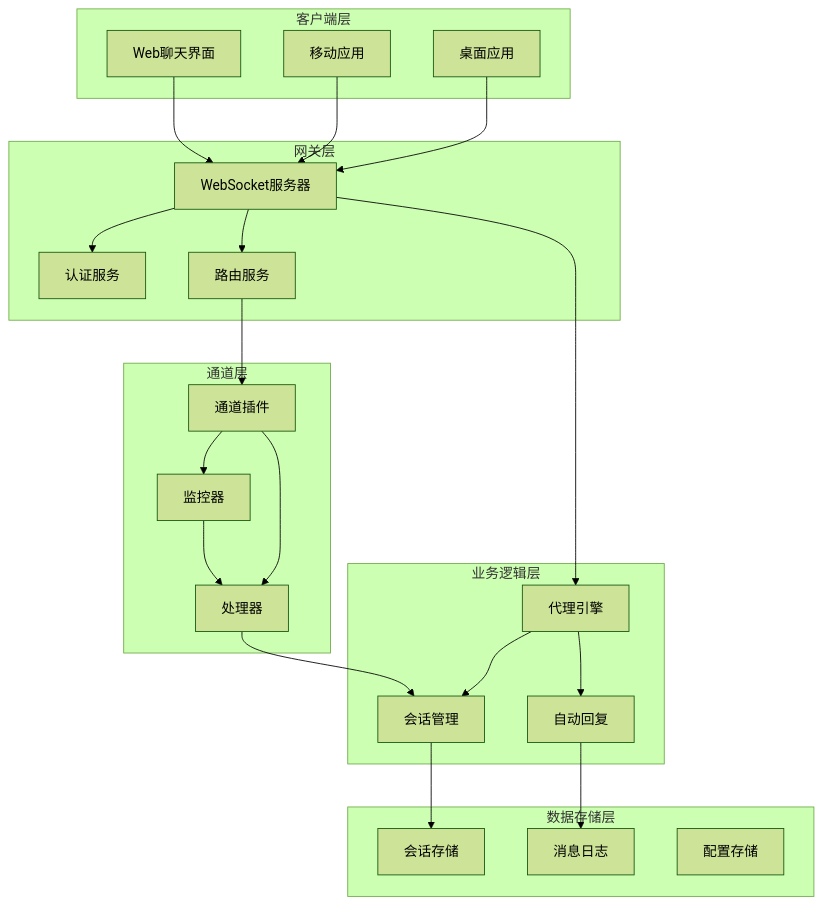
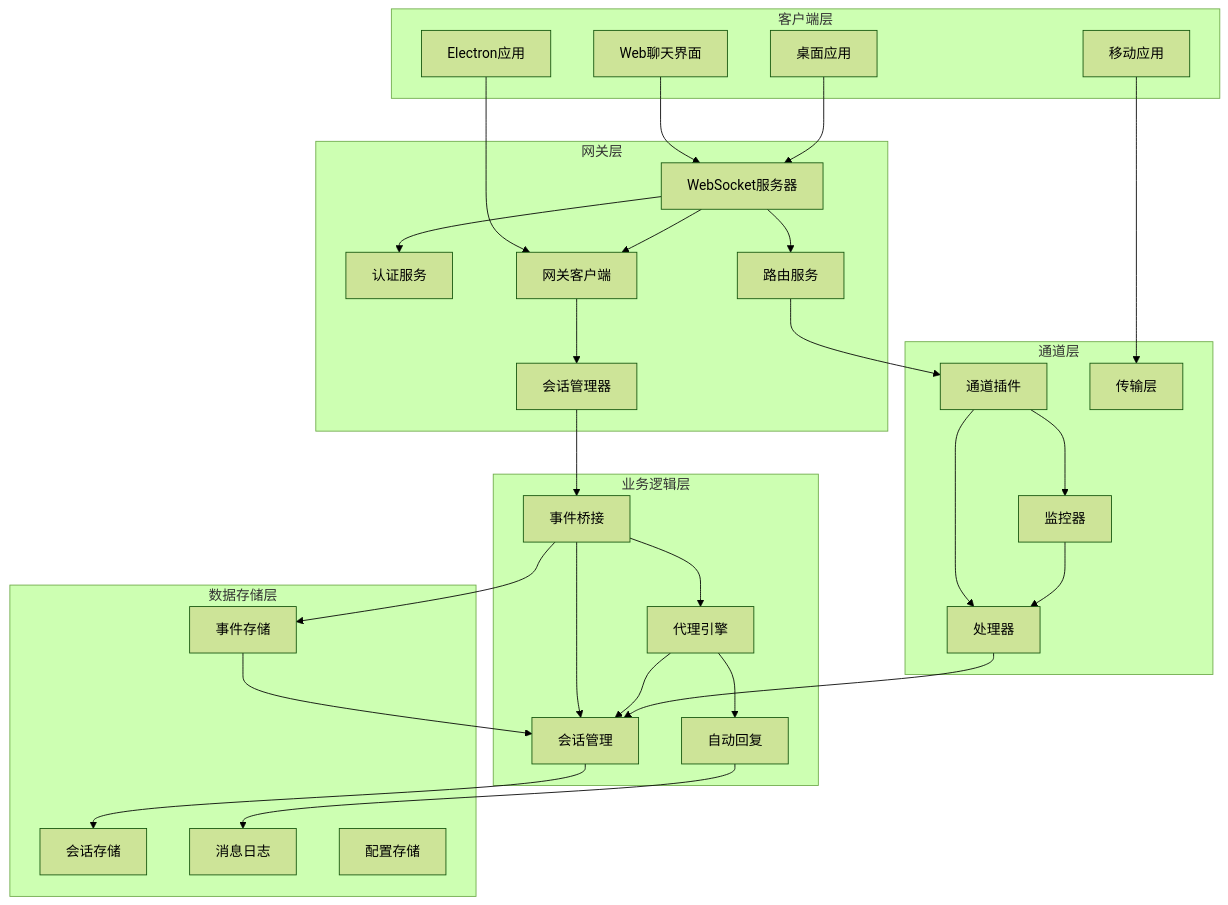
One commit to verse-ai-org/openclaw changed the eighth of 16 diagrams in .qoder/repowiki/zh/content/Chat Module Deep Dive.md. Above: the diagram before and after it, drawn with Mermaid (forest theme). The commit also changed other lines of this file and 20 other files, not shown here.

````diff
--- a/.qoder/repowiki/zh/content/Chat Module Deep Dive.md
+++ b/.qoder/repowiki/zh/content/Chat Module Deep Dive.md
@@ -213,43 +345,56 @@
 ```mermaid
 graph TB
 subgraph "客户端层"
 WebChat[Web聊天界面]
 Mobile[移动应用]
 Desktop[桌面应用]
+Electron[Electron应用]
 end
 subgraph "网关层"
 WS[WebSocket服务器]
 Auth[认证服务]
 Routing[路由服务]
+GatewayClient[网关客户端]
+SessionManager[会话管理器]
 end
 subgraph "业务逻辑层"
 Agent[代理引擎]
 Session[会话管理]
 AutoReply[自动回复]
+EventBridge[事件桥接]
 end
 subgraph "通道层"
 ChannelPlugins[通道插件]
 Monitors[监控器]
 Handlers[处理器]
+Transport[传输层]
 end
 subgraph "数据存储层"
 SessionStore[会话存储]
 MessageLog[消息日志]
 ConfigStore[配置存储]
+EventStore[事件存储]
 end
 WebChat --> WS
-Mobile --> WS
+Mobile --> Transport
 Desktop --> WS
+Electron --> GatewayClient
 WS --> Auth
 WS --> Routing
-WS --> Agent
+WS --> GatewayClient
+GatewayClient --> SessionManager
+SessionManager --> EventBridge
+EventBridge --> Session
+EventBridge --> Agent
 Agent --> Session
 Agent --> AutoReply
 Session --> SessionStore
 AutoReply --> MessageLog
 Routing --> ChannelPlugins
 ChannelPlugins --> Monitors
 ChannelPlugins --> Handlers
 Monitors --> Handlers
 Handlers --> Session
+EventBridge --> EventStore
+EventStore --> Session
 ```
````
